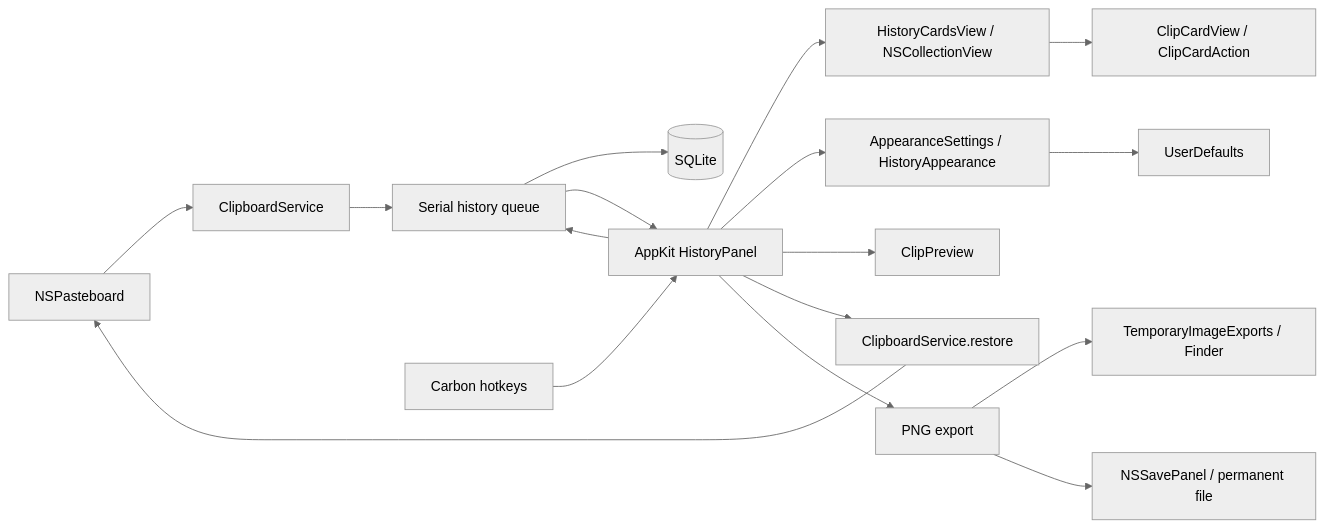
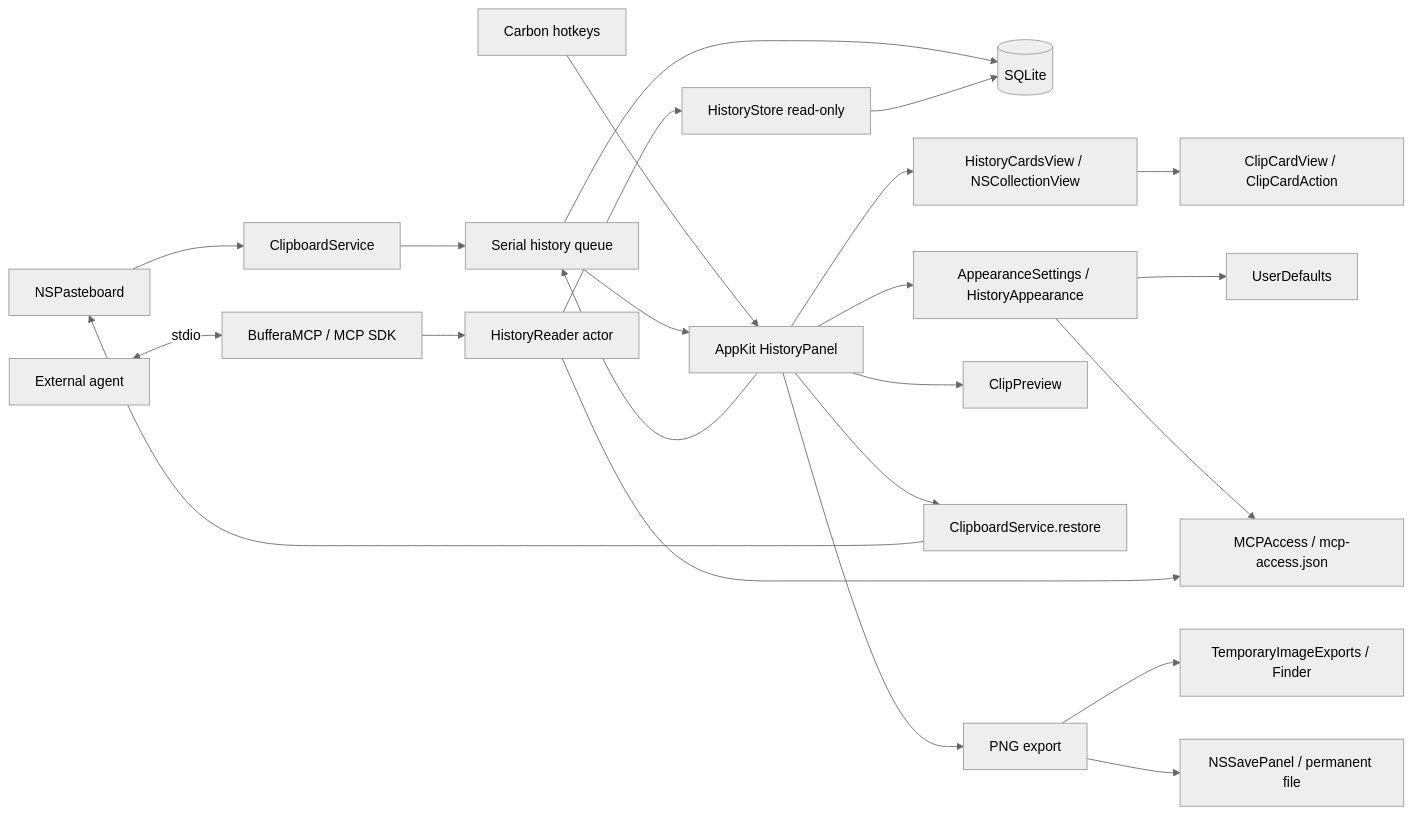
Before and after one commit to dqunbp/buffera: the diagram in docs/architecture.md, drawn with Mermaid (neutral theme). The commit also changed other lines of this file and 32 other files, not shown here.

Commit message:
Add read-only MCP access over stdio

````diff
--- a/docs/architecture.md
+++ b/docs/architecture.md
@@ -5,19 +5,25 @@
 ```mermaid
 flowchart LR
   PB[NSPasteboard] --> Capture[ClipboardService]
   Capture --> Queue[Serial history queue]
   Queue --> DB[(SQLite)]
   Keys[Carbon hotkeys] --> UI[AppKit HistoryPanel]
   UI --> Queue
   Queue --> UI
   UI --> Layout[HistoryCardsView / NSCollectionView]
   Layout --> Cards[ClipCardView / ClipCardAction]
   UI --> Appearance[AppearanceSettings / HistoryAppearance]
   Appearance --> Defaults[UserDefaults]
   UI --> Preview[ClipPreview]
   UI --> Restore[ClipboardService.restore]
   Restore --> PB
   UI --> Export[PNG export]
   Export --> Temporary[TemporaryImageExports / Finder]
   Export --> Saved[NSSavePanel / permanent file]
+  Agent[External agent] <-->|stdio| MCP[BufferaMCP / MCP SDK]
+  MCP --> Reader[HistoryReader actor]
+  Reader --> ReadOnly[HistoryStore read-only]
+  ReadOnly --> DB
+  Appearance --> Access[MCPAccess / mcp-access.json]
+  Reader --> Access
 ```
````
